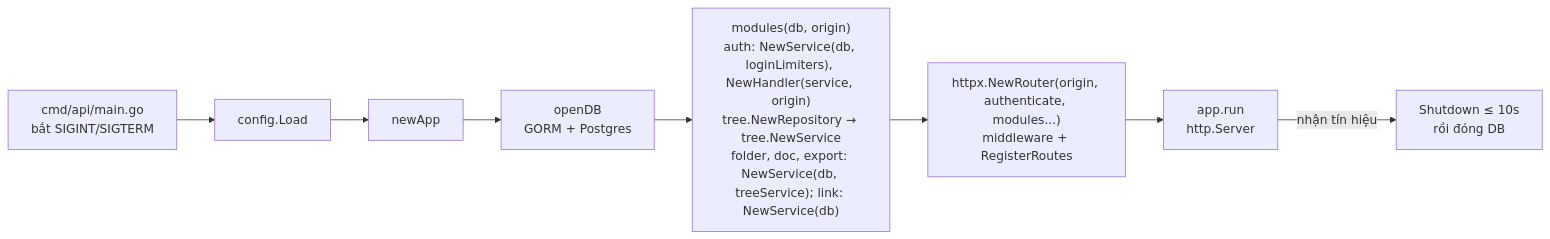
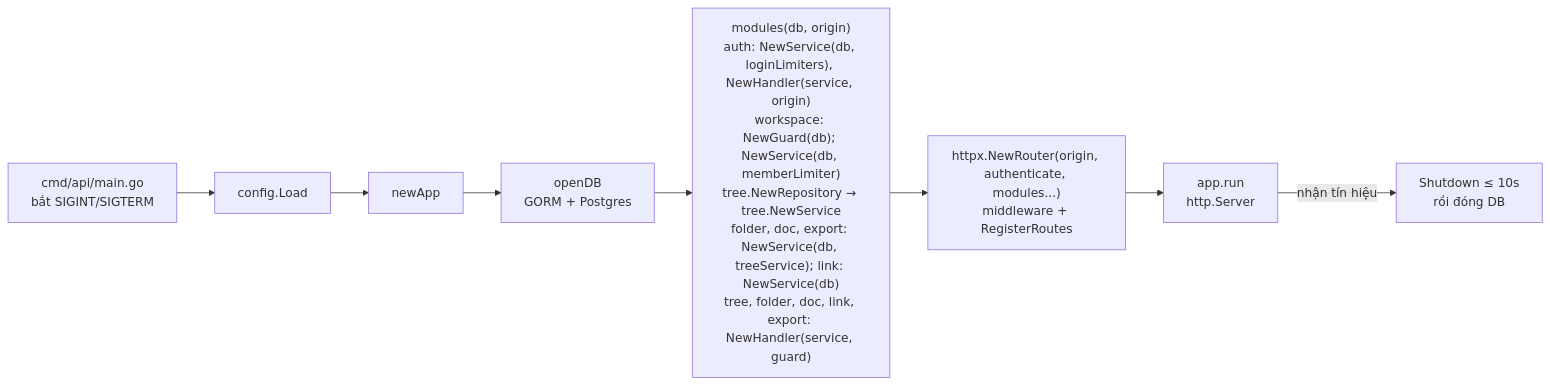
Before and after one commit to ngtrthvu3007/nodus: the first of 2 diagrams in docs/backend-map.md, drawn with Mermaid. The commit also changed other lines of this file and 25 other files, not shown here.

````diff
--- a/docs/backend-map.md
+++ b/docs/backend-map.md
@@ -49,10 +53,10 @@
 ```mermaid
 flowchart LR
     Main[cmd/api/main.go<br/>bắt SIGINT/SIGTERM] --> Cfg[config.Load]
     Cfg --> New[newApp]
     New --> DB[openDB<br/>GORM + Postgres]
-    DB --> Mods["modules(db, origin)<br/>auth: NewService(db, loginLimiters), NewHandler(service, origin)<br/>tree.NewRepository → tree.NewService<br/>folder, doc, export: NewService(db, treeService); link: NewService(db)"]
+    DB --> Mods["modules(db, origin)<br/>auth: NewService(db, loginLimiters), NewHandler(service, origin)<br/>workspace: NewGuard(db); NewService(db, memberLimiter)<br/>tree.NewRepository → tree.NewService<br/>folder, doc, export: NewService(db, treeService); link: NewService(db)<br/>tree, folder, doc, link, export: NewHandler(service, guard)"]
     Mods --> Router["httpx.NewRouter(origin, authenticate, modules...)<br/>middleware + RegisterRoutes"]
     Router --> Run[app.run<br/>http.Server]
     Run -- nhận tín hiệu --> Stop[Shutdown ≤ 10s<br/>rồi đóng DB]
 ```
````
